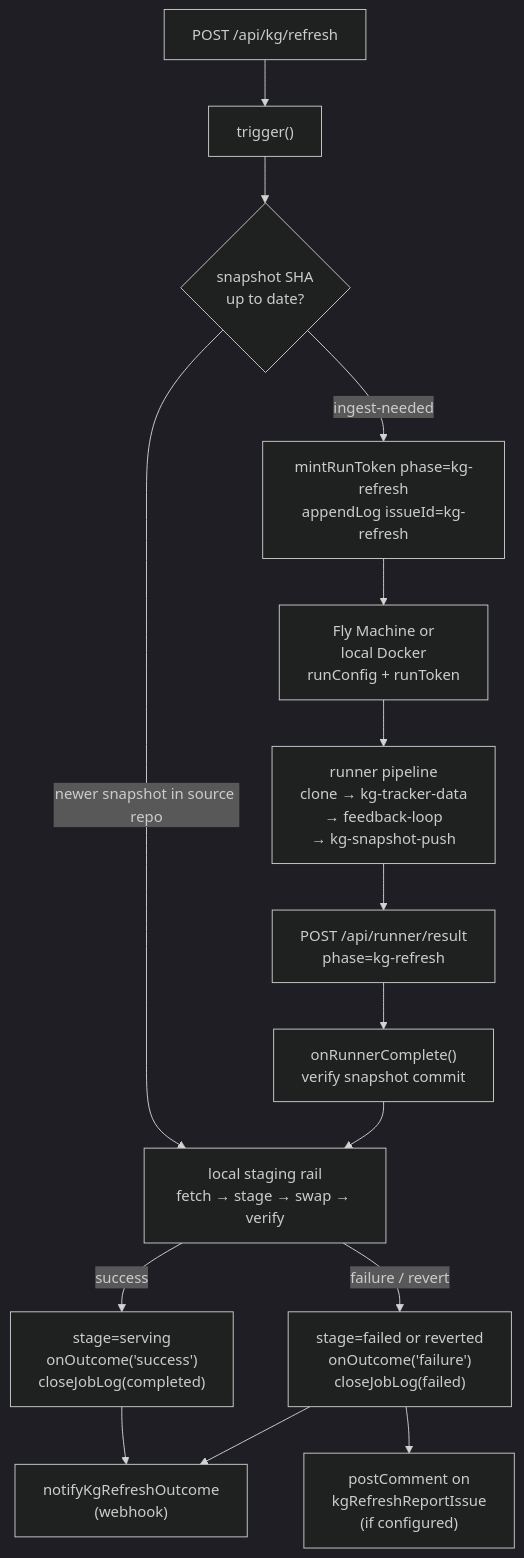
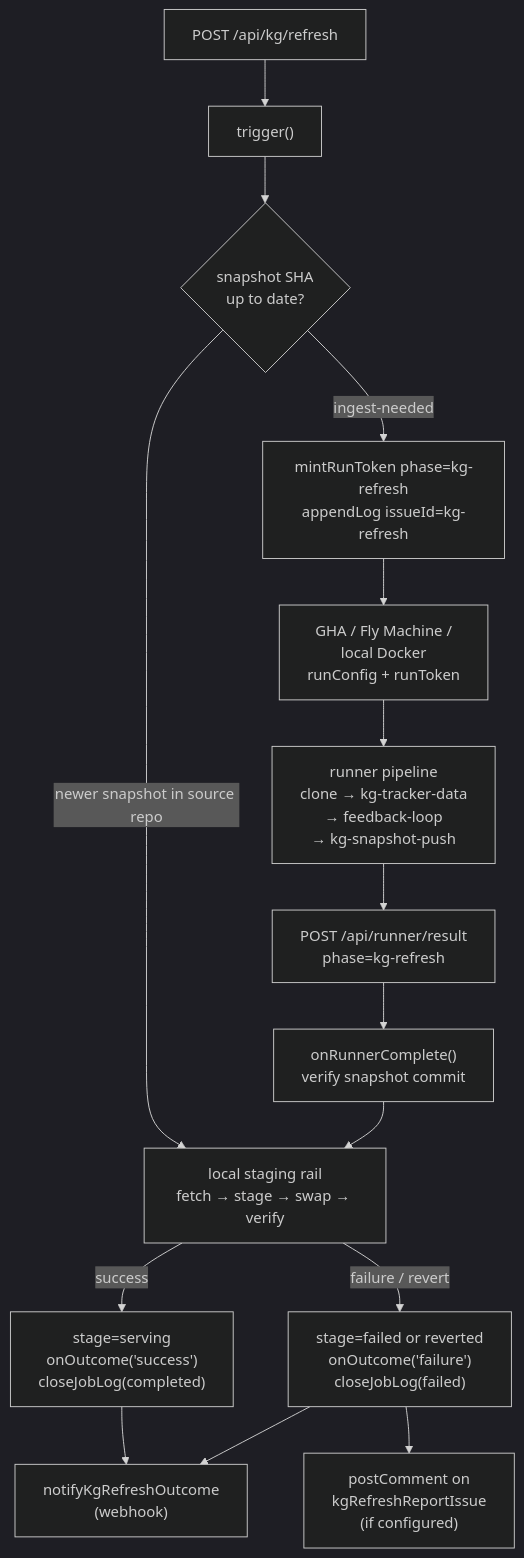
Before and after one commit to BuildDownAI/AI-Implement: the diagram in docs/issueless-runs.md, drawn with Mermaid (dark theme). The commit also changed other lines of this file and 3 other files, not shown here.

````diff
--- a/docs/issueless-runs.md
+++ b/docs/issueless-runs.md
@@ -25,17 +25,17 @@
 ```mermaid
 flowchart TD
     A["POST /api/kg/refresh"] --> B["trigger()"]
     B --> C{"snapshot SHA\nup to date?"}
     C -->|"newer snapshot in source repo"| H["local staging rail\nfetch → stage → swap → verify"]
     C -->|"ingest-needed"| D["mintRunToken phase=kg-refresh\nappendLog issueId=kg-refresh"]
-    D --> E["Fly Machine or\nlocal Docker\nrunConfig + runToken"]
+    D --> E["GHA / Fly Machine /\nlocal Docker\nrunConfig + runToken"]
     E --> F["runner pipeline\nclone → kg-tracker-data\n→ feedback-loop\n→ kg-snapshot-push"]
     F --> G["POST /api/runner/result\nphase=kg-refresh"]
     G --> I["onRunnerComplete()\nverify snapshot commit"]
     I --> H
     H -->|"success"| J["stage=serving\nonOutcome('success')\ncloseJobLog(completed)"]
     H -->|"failure / revert"| K["stage=failed or reverted\nonOutcome('failure')\ncloseJobLog(failed)"]
     J --> L["notifyKgRefreshOutcome\n(webhook)"]
     K --> L
     K --> M["postComment on\nkgRefreshReportIssue\n(if configured)"]
 ```
````
